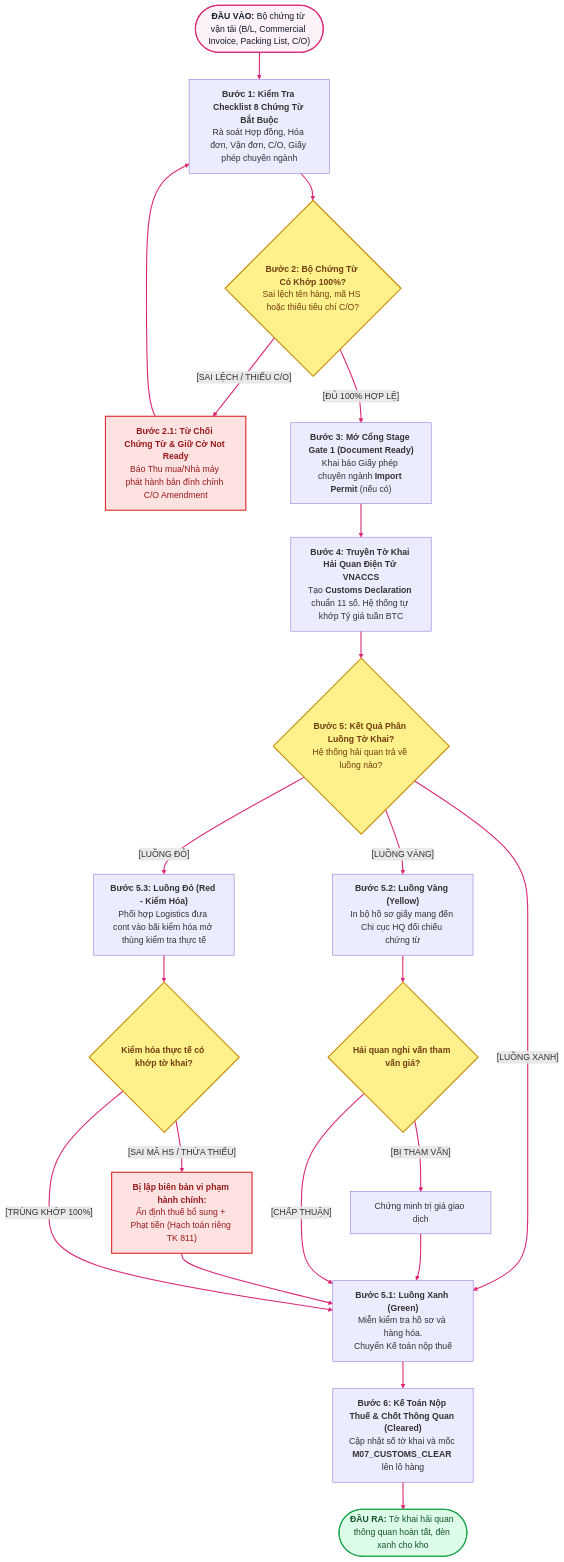
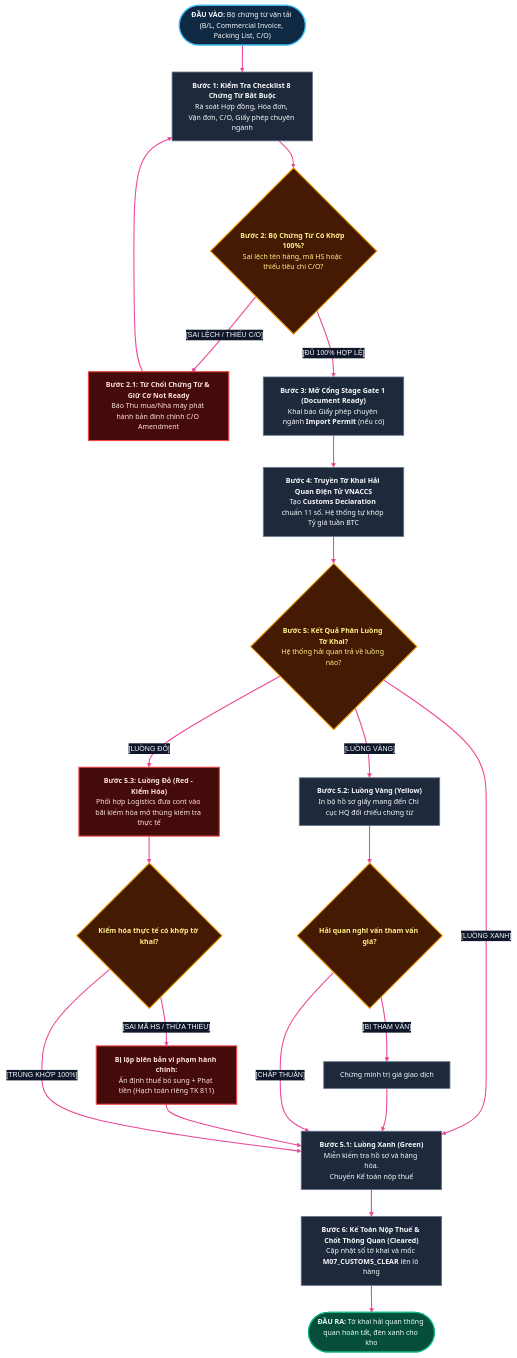
The sixth of 7 diagrams in LUONG_NGHIEP_VU_CAC_VAI_TRO_XUAT_NHAP_KHAU.md (capkimkhanh2k5/Logistics_ERPNext_RAG), drawn with Mermaid before and after one commit. The commit also changed other lines of this file, not shown here.

Commit message:
style: fix font-family css syntax to Segoe UI and standardize card styling across all diagrams

````diff
--- a/LUONG_NGHIEP_VU_CAC_VAI_TRO_XUAT_NHAP_KHAU.md
+++ b/LUONG_NGHIEP_VU_CAC_VAI_TRO_XUAT_NHAP_KHAU.md
@@ -301,55 +291,53 @@
 ```mermaid
 %%{init: {
   'theme': 'base',
   'themeVariables': {
-    'fontFamily': "'Inter', 'Segoe UI', -apple-system, Roboto, sans-serif",
+    'fontFamily': 'Segoe UI, Arial, sans-serif',
     'fontSize': '13px',
-    'primaryColor': '#FFFFFF',
-    'primaryTextColor': '#0F172A',
-    'primaryBorderColor': '#DB2777',
-    'lineColor': '#DB2777',
-    'edgeLabelBackground':'#FFFFFF'
+    'primaryColor': '#1E293B',
+    'primaryTextColor': '#F8FAFC',
+    'primaryBorderColor': '#EC4899',
+    'lineColor': '#EC4899',
+    'edgeLabelBackground': '#0F172A'
   }
 }}%%
 flowchart TD
-    H_IN(["<b>ĐẦU VÀO:</b> Bộ chứng từ vận tải (B/L, Commercial Invoice, Packing List, C/O)"]) --> H1
+    classDef default fill:#1E293B,stroke:#64748B,stroke-width:1.5px,color:#F8FAFC,font-family:Segoe UI,Arial,sans-serif;
+    classDef decision fill:#451A03,stroke:#F59E0B,stroke-width:2px,color:#FEF08A,font-family:Segoe UI,Arial,sans-serif;
+    classDef input fill:#0F2942,stroke:#38BDF8,stroke-width:2px,color:#F8FAFC,font-family:Segoe UI,Arial,sans-serif;
+    classDef error fill:#450A0A,stroke:#EF4444,stroke-width:2px,color:#FEE2E2,font-family:Segoe UI,Arial,sans-serif;
+    classDef success fill:#064E3B,stroke:#10B981,stroke-width:2px,color:#ECFDF5,font-family:Segoe UI,Arial,sans-serif;
+
+    H_IN(["<b>ĐẦU VÀO:</b> Bộ chứng từ vận tải (B/L, Commercial Invoice, Packing List, C/O)"]):::input --> H1
     H1["<b>Bước 1: Kiểm Tra Checklist 8 Chứng Từ Bắt Buộc</b><br>Rà soát Hợp đồng, Hóa đơn, Vận đơn, C/O, Giấy phép chuyên ngành"] --> H2
     
-    H2{"<b>Bước 2: Bộ Chứng Từ Có Khớp 100%?</b><br>Sai lệch tên hàng, mã HS hoặc thiếu tiêu chí C/O?"}
+    H2{"<b>Bước 2: Bộ Chứng Từ Có Khớp 100%?</b><br>Sai lệch tên hàng, mã HS hoặc thiếu tiêu chí C/O?"}:::decision
     
-    H2 -- "[SAI LỆCH / THIẾU C/O]" --> H_REJ["<b>Bước 2.1: Từ Chối Chứng Từ & Giữ Cờ Not Ready</b><br>Báo Thu mua/Nhà máy phát hành bản đính chính C/O Amendment"] --> H1
+    H2 -- "[SAI LỆCH / THIẾU C/O]" --> H_REJ["<b>Bước 2.1: Từ Chối Chứng Từ & Giữ Cờ Not Ready</b><br>Báo Thu mua/Nhà máy phát hành bản đính chính C/O Amendment"]:::error --> H1
     
     H2 -- "[ĐỦ 100% HỢP LỆ]" --> H3["<b>Bước 3: Mở Cổng Stage Gate 1 (Document Ready)</b><br>Khai báo Giấy phép chuyên ngành <b>Import Permit</b> (nếu có)"] --> H4
     
     H4["<b>Bước 4: Truyền Tờ Khai Hải Quan Điện Tử VNACCS</b><br>Tạo <b>Customs Declaration</b> chuẩn 11 số. Hệ thống tự khớp Tỷ giá tuần BTC"] --> H5
     
-    H5{"<b>Bước 5: Kết Quả Phân Luồng Tờ Khai?</b><br>Hệ thống hải quan trả về luồng nào?"}
+    H5{"<b>Bước 5: Kết Quả Phân Luồng Tờ Khai?</b><br>Hệ thống hải quan trả về luồng nào?"}:::decision
     
     H5 -- "[LUỒNG XANH]" --> H_GREEN["<b>Bước 5.1: Luồng Xanh (Green)</b><br>Miễn kiểm tra hồ sơ và hàng hóa.<br>Chuyển Kế toán nộp thuế"]
     
     H5 -- "[LUỒNG VÀNG]" --> H_YELLOW["<b>Bước 5.2: Luồng Vàng (Yellow)</b><br>In bộ hồ sơ giấy mang đến Chi cục HQ đối chiếu chứng từ"]
     
-    H5 -- "[LUỒNG ĐỎ]" --> H_RED["<b>Bước 5.3: Luồng Đỏ (Red - Kiểm Hóa)</b><br>Phối hợp Logistics đưa cont vào bãi kiểm hóa mở thùng kiểm tra thực tế"]
+    H5 -- "[LUỒNG ĐỎ]" --> H_RED["<b>Bước 5.3: Luồng Đỏ (Red - Kiểm Hóa)</b><br>Phối hợp Logistics đưa cont vào bãi kiểm hóa mở thùng kiểm tra thực tế"]:::error
     
-    H_YELLOW --> H6{"<b>Hải quan nghi vấn tham vấn giá?</b>"}
+    H_YELLOW --> H6{"<b>Hải quan nghi vấn tham vấn giá?</b>"}:::decision
     H6 -- "[BỊ THAM VẤN]" --> H_CONSULT["Chứng minh trị giá giao dịch"] --> H_GREEN
     H6 -- "[CHẤP THUẬN]" --> H_GREEN
     
-    H_RED --> H7{"<b>Kiểm hóa thực tế có khớp tờ khai?</b>"}
-    H7 -- "[SAI MÃ HS / THỪA THIẾU]" --> H_FINE["<b>Bị lập biên bản vi phạm hành chính:</b><br>Ấn định thuế bổ sung + Phạt tiền (Hạch toán riêng TK 811)"] --> H_GREEN
+    H_RED --> H7{"<b>Kiểm hóa thực tế có khớp tờ khai?</b>"}:::decision
+    H7 -- "[SAI MÃ HS / THỪA THIẾU]" --> H_FINE["<b>Bị lập biên bản vi phạm hành chính:</b><br>Ấn định thuế bổ sung + Phạt tiền (Hạch toán riêng TK 811)"]:::error --> H_GREEN
     H7 -- "[TRÙNG KHỚP 100%]" --> H_GREEN
     
     H_GREEN --> H8["<b>Bước 6: Kế Toán Nộp Thuế & Chốt Thông Quan (Cleared)</b><br>Cập nhật số tờ khai và mốc <b>M07_CUSTOMS_CLEAR</b> lên lô hàng"] --> H_OUT
     
-    H_OUT(["<b>ĐẦU RA:</b> Tờ khai hải quan thông quan hoàn tất, đèn xanh cho kho"])
+    H_OUT(["<b>ĐẦU RA:</b> Tờ khai hải quan thông quan hoàn tất, đèn xanh cho kho"]):::success
 
-    style H_IN fill:#FDF2F8,stroke:#DB2777,stroke-width:2px,color:#0F172A
-    style H2 fill:#FEF08A,stroke:#CA8A04,stroke-width:2px,color:#713F12
-    style H5 fill:#FEF08A,stroke:#CA8A04,stroke-width:2px,color:#713F12
-    style H6 fill:#FEF08A,stroke:#CA8A04,stroke-width:2px,color:#713F12
-    style H7 fill:#FEF08A,stroke:#CA8A04,stroke-width:2px,color:#713F12
-    style H_REJ fill:#FEE2E2,stroke:#DC2626,stroke-width:2px,color:#991B1B
-    style H_FINE fill:#FEE2E2,stroke:#DC2626,stroke-width:2px,color:#991B1B
-    style H_OUT fill:#DCFCE7,stroke:#16A34A,stroke-width:2px,color:#14532D
-    linkStyle default stroke:#DB2777,stroke-width:2px;
+    linkStyle default stroke:#EC4899,stroke-width:2px;
 ```
````
